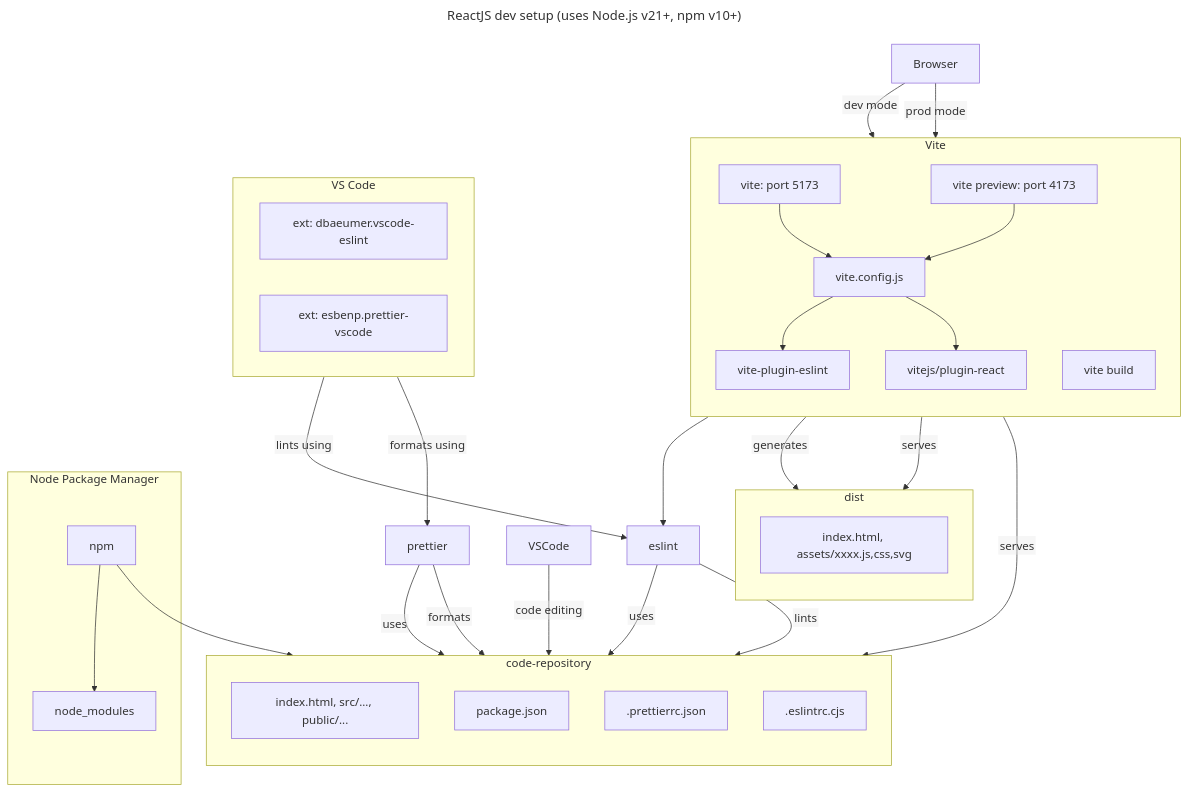
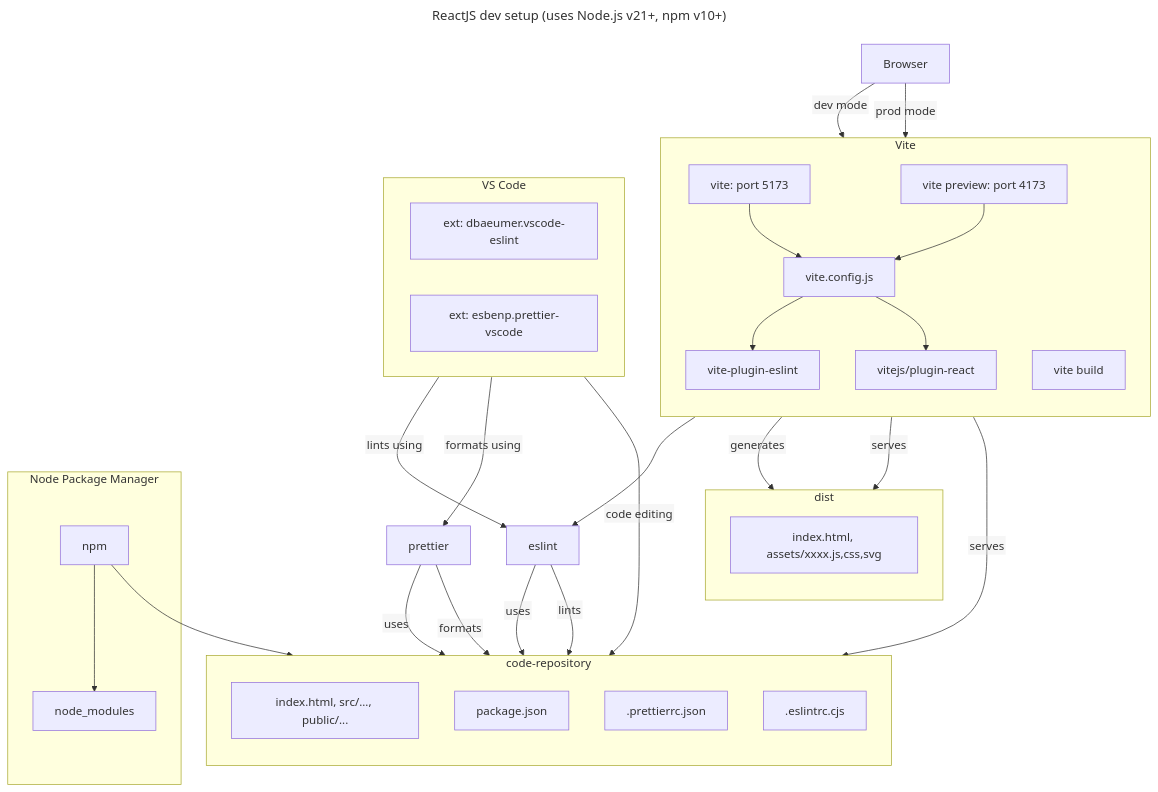
The diagram in README.md (zen-code-symphony/reactconcepts), drawn with Mermaid before and after one commit.

Commit message:
docs: updated the dia.

````diff
--- a/README.md
+++ b/README.md
@@ -11,50 +11,50 @@
 ```mermaid
 ---
 title: ReactJS dev setup (uses Node.js v21+, npm v10+)
 ---
 %%{init: {"flowchart": {"htmlLabels": false}} }%%
 flowchart TB
     subgraph Vite
         direction TB
         viteserver[vite: port 5173] --> viteconfig[vite.config.js]
         vitepreview[vite preview: port 4173] --> viteconfig
         viteconfig --> viteplugineslint[vite-plugin-eslint]
         viteconfig --> vitejspluginreact[vitejs/plugin-react]
         vitebuild[vite build]
     end
     subgraph dist
         direction TB
         index.html1[index.html, assets/xxxx.js,css,svg]
     end
     subgraph code-repository
         direction TB
         index.html2[index.html, src/..., public/...]
         packagejson[package.json]
         prettierconfig[.prettierrc.json]
         eslintconfig[.eslintrc.cjs]
     end
     prettier --uses--> prettierconfig
     eslint --uses--> eslintconfig
-    subgraph VS Code
+    subgraph VSCode[VS Code]
         direction LR
         vscode-eslint[ext: dbaeumer.vscode-eslint]
         vscode-prettier[ext: esbenp.prettier-vscode]
     end
     subgraph Node Package Manager
         npm --> packagejson
         npm --> node_modules
     end
 
     viteplugineslint --> eslint
     eslint --lints--> index.html2
     prettier --formats--> index.html2
     VSCode --code editing--> code-repository
     vscode-eslint --lints using--> eslint
     vscode-prettier --formats using--> prettier
 
     vitebuild --generates--> dist
     vitepreview --serves--> dist
     viteserver --serves --> index.html2
     Browser --dev mode--> viteserver
     Browser --prod mode--> vitepreview
 ```
````
